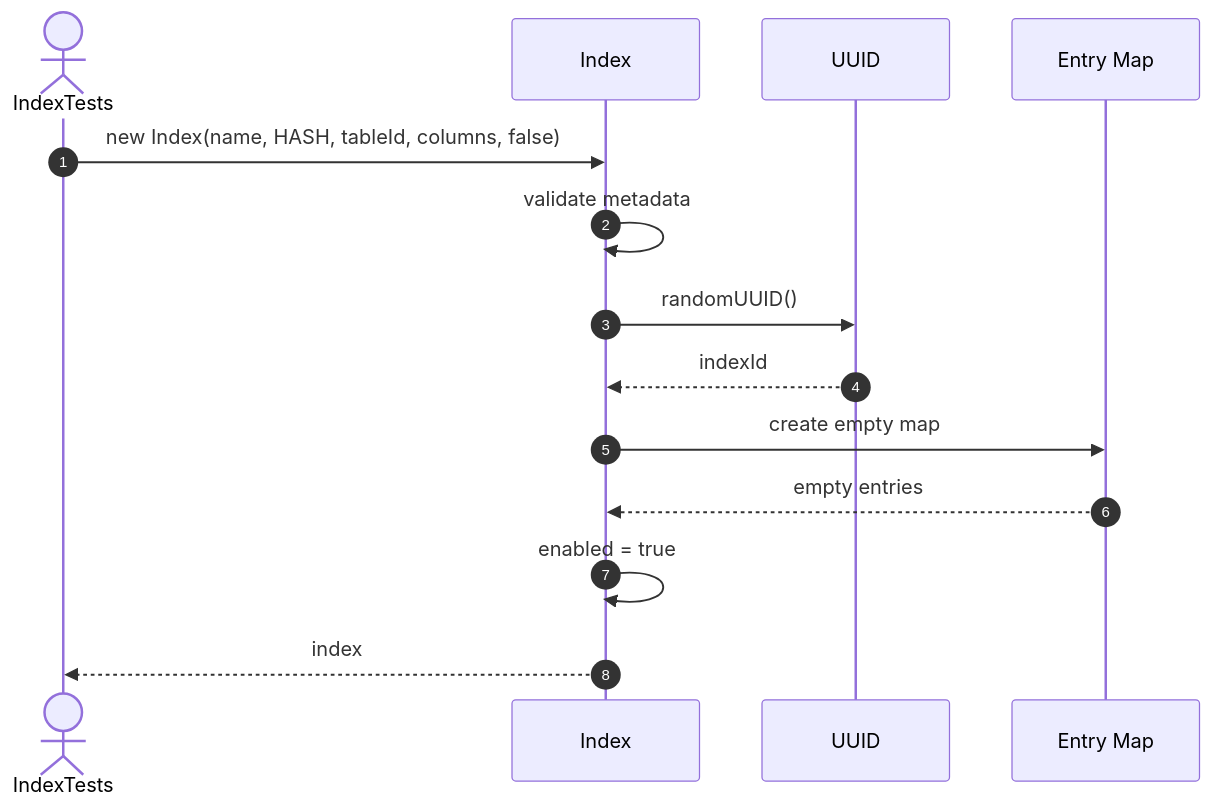
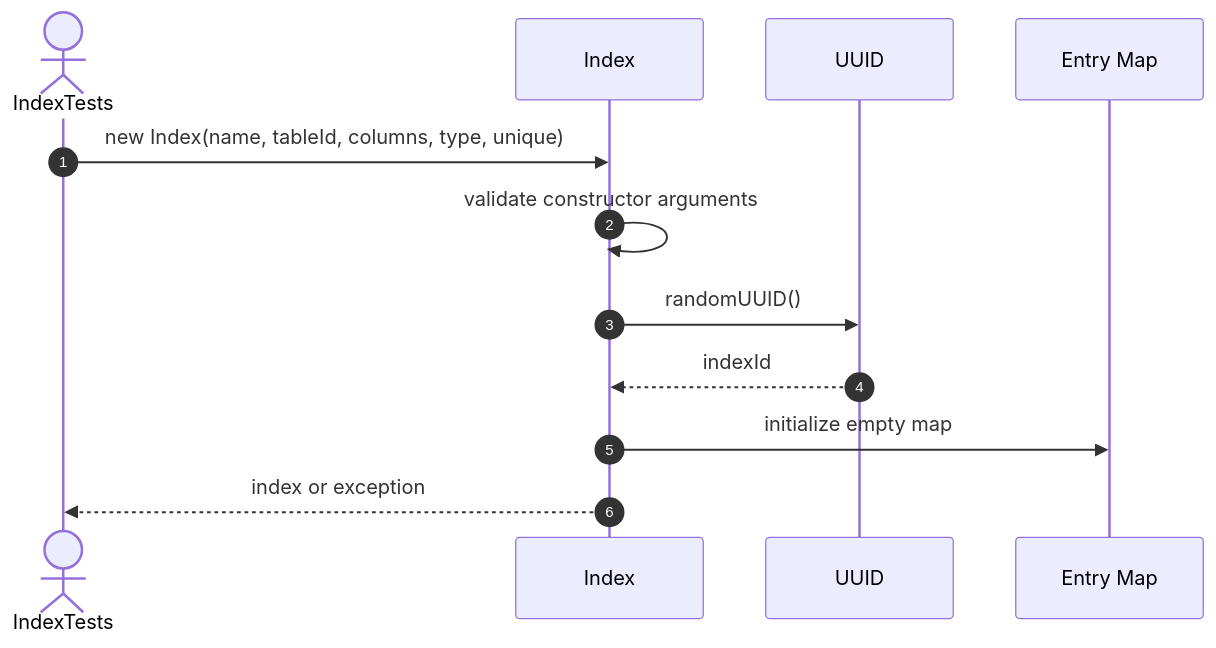
One commit to FhuAnn/-bbv-AN-s-DBMS changed the second of 50 diagrams in src/tests/unit/metadata/sequences/indexs-testing.se.md. Above: the diagram before and after it, drawn with Mermaid. The commit also changed other lines of this file and 9 other files, not shown here.

Commit message:
table and row run test successfully, remaining constraint object

````diff
--- a/src/tests/unit/metadata/sequences/indexs-testing.se.md
+++ b/src/tests/unit/metadata/sequences/indexs-testing.se.md
@@ -5,17 +23,15 @@
 ```mermaid
 sequenceDiagram
     autonumber
     actor Test as IndexTests
     participant Index as Index
     participant UUID as UUID
     participant Entries as Entry Map
 
-    Test->>Index: new Index(name, HASH, tableId, columns, false)
-    Index->>Index: validate metadata
+    Test->>Index: new Index(name, tableId, columns, type, unique)
+    Index->>Index: validate constructor arguments
     Index->>UUID: randomUUID()
     UUID-->>Index: indexId
-    Index->>Entries: create empty map
-    Entries-->>Index: empty entries
-    Index->>Index: enabled = true
-    Index-->>Test: index
+    Index->>Entries: initialize empty map
+    Index-->>Test: index or exception
 ```
````
